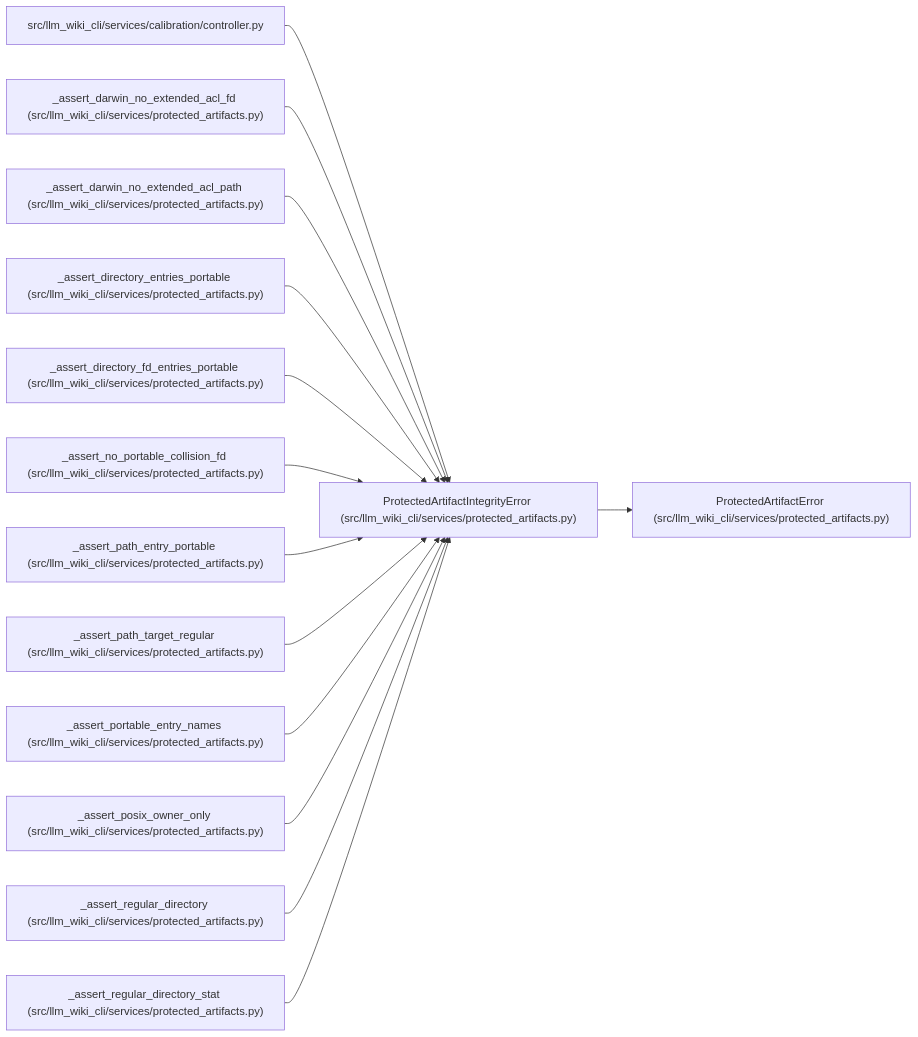
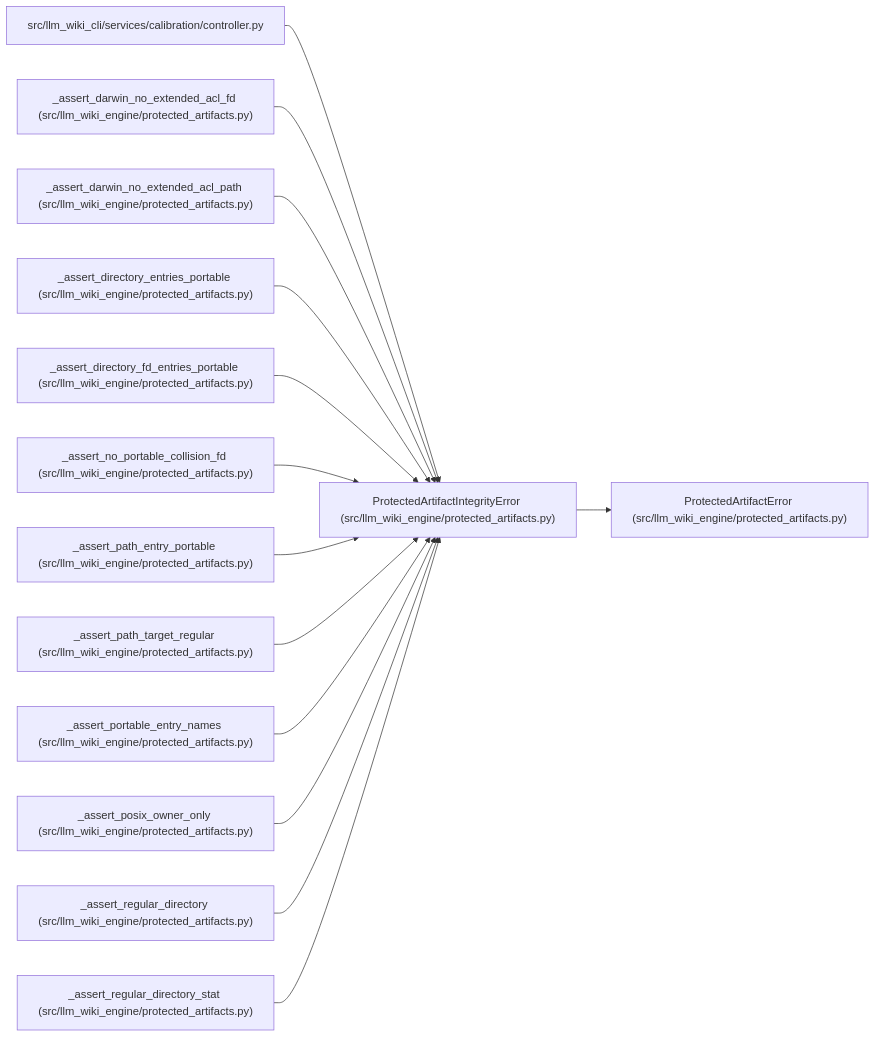
The diagram in docs/llm_wiki/entities/ProtectedArtifactIntegrityError.md (Denissvgn/python-wiki-llm), drawn with Mermaid before and after one commit. The commit also changed other lines of this file and 739 other files, not shown here.

First line of the commit message:
docs: refresh the wiki for the second engine batch

````diff
--- a/docs/llm_wiki/entities/ProtectedArtifactIntegrityError.md
+++ b/docs/llm_wiki/entities/ProtectedArtifactIntegrityError.md
@@ -23,44 +23,44 @@
 ```mermaid
 flowchart LR
-    n0["ProtectedArtifactIntegrityError (src/llm_wiki_cli/services/protected_artifacts.py)"]
-    n1["ProtectedArtifactError (src/llm_wiki_cli/services/protected_artifacts.py)"]
+    n0["ProtectedArtifactIntegrityError (src/llm_wiki_engine/protected_artifacts.py)"]
+    n1["ProtectedArtifactError (src/llm_wiki_engine/protected_artifacts.py)"]
     n2["src/llm_wiki_cli/services/calibration/controller.py"]
-    n3["_assert_darwin_no_extended_acl_fd (src/llm_wiki_cli/services/protected_artifacts.py)"]
-    n4["_assert_darwin_no_extended_acl_path (src/llm_wiki_cli/services/protected_artifacts.py)"]
-    n5["_assert_directory_entries_portable (src/llm_wiki_cli/services/protected_artifacts.py)"]
-    n6["_assert_directory_fd_entries_portable (src/llm_wiki_cli/services/protected_artifacts.py)"]
-    n7["_assert_no_portable_collision_fd (src/llm_wiki_cli/services/protected_artifacts.py)"]
-    n8["_assert_path_entry_portable (src/llm_wiki_cli/services/protected_artifacts.py)"]
-    n9["_assert_path_target_regular (src/llm_wiki_cli/services/protected_artifacts.py)"]
-    n10["_assert_portable_entry_names (src/llm_wiki_cli/services/protected_artifacts.py)"]
-    n11["_assert_posix_owner_only (src/llm_wiki_cli/services/protected_artifacts.py)"]
-    n12["_assert_regular_directory (src/llm_wiki_cli/services/protected_artifacts.py)"]
-    n13["_assert_regular_directory_stat (src/llm_wiki_cli/services/protected_artifacts.py)"]
+    n3["_assert_darwin_no_extended_acl_fd (src/llm_wiki_engine/protected_artifacts.py)"]
+    n4["_assert_darwin_no_extended_acl_path (src/llm_wiki_engine/protected_artifacts.py)"]
+    n5["_assert_directory_entries_portable (src/llm_wiki_engine/protected_artifacts.py)"]
+    n6["_assert_directory_fd_entries_portable (src/llm_wiki_engine/protected_artifacts.py)"]
+    n7["_assert_no_portable_collision_fd (src/llm_wiki_engine/protected_artifacts.py)"]
+    n8["_assert_path_entry_portable (src/llm_wiki_engine/protected_artifacts.py)"]
+    n9["_assert_path_target_regular (src/llm_wiki_engine/protected_artifacts.py)"]
+    n10["_assert_portable_entry_names (src/llm_wiki_engine/protected_artifacts.py)"]
+    n11["_assert_posix_owner_only (src/llm_wiki_engine/protected_artifacts.py)"]
+    n12["_assert_regular_directory (src/llm_wiki_engine/protected_artifacts.py)"]
+    n13["_assert_regular_directory_stat (src/llm_wiki_engine/protected_artifacts.py)"]
     n0 --> n1
     n2 --> n0
     n3 --> n0
     n4 --> n0
     n5 --> n0
     n6 --> n0
     n7 --> n0
     n8 --> n0
     n9 --> n0
     n10 --> n0
     n11 --> n0
     n12 --> n0
     n13 --> n0
     click n0 "../modules/protected_artifacts.md"
     click n1 "../modules/protected_artifacts.md"
     click n2 "../modules/controller.md"
     click n3 "../modules/protected_artifacts.md"
     click n4 "../modules/protected_artifacts.md"
     click n5 "../modules/protected_artifacts.md"
     click n6 "../modules/protected_artifacts.md"
     click n7 "../modules/protected_artifacts.md"
     click n8 "../modules/protected_artifacts.md"
     click n9 "../modules/protected_artifacts.md"
     click n10 "../modules/protected_artifacts.md"
     click n11 "../modules/protected_artifacts.md"
     click n12 "../modules/protected_artifacts.md"
     click n13 "../modules/protected_artifacts.md"
 ```
````
